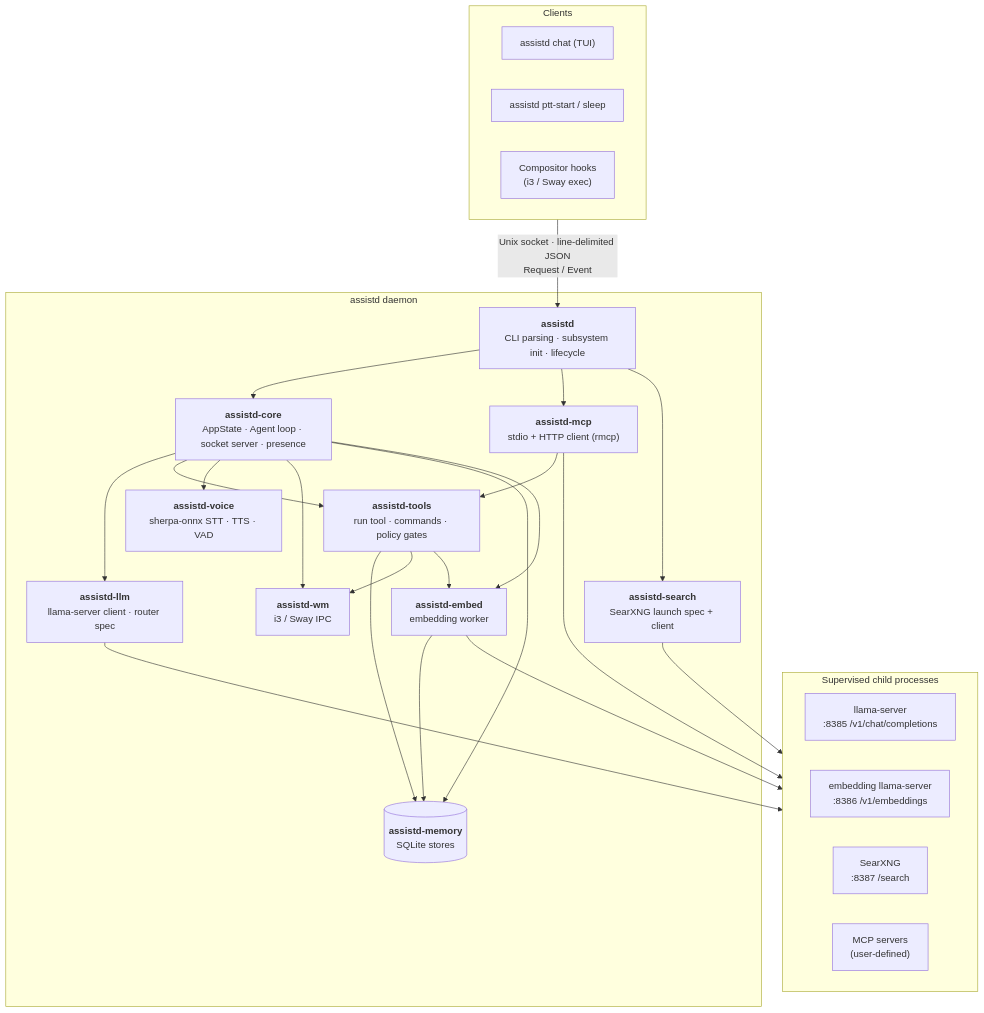
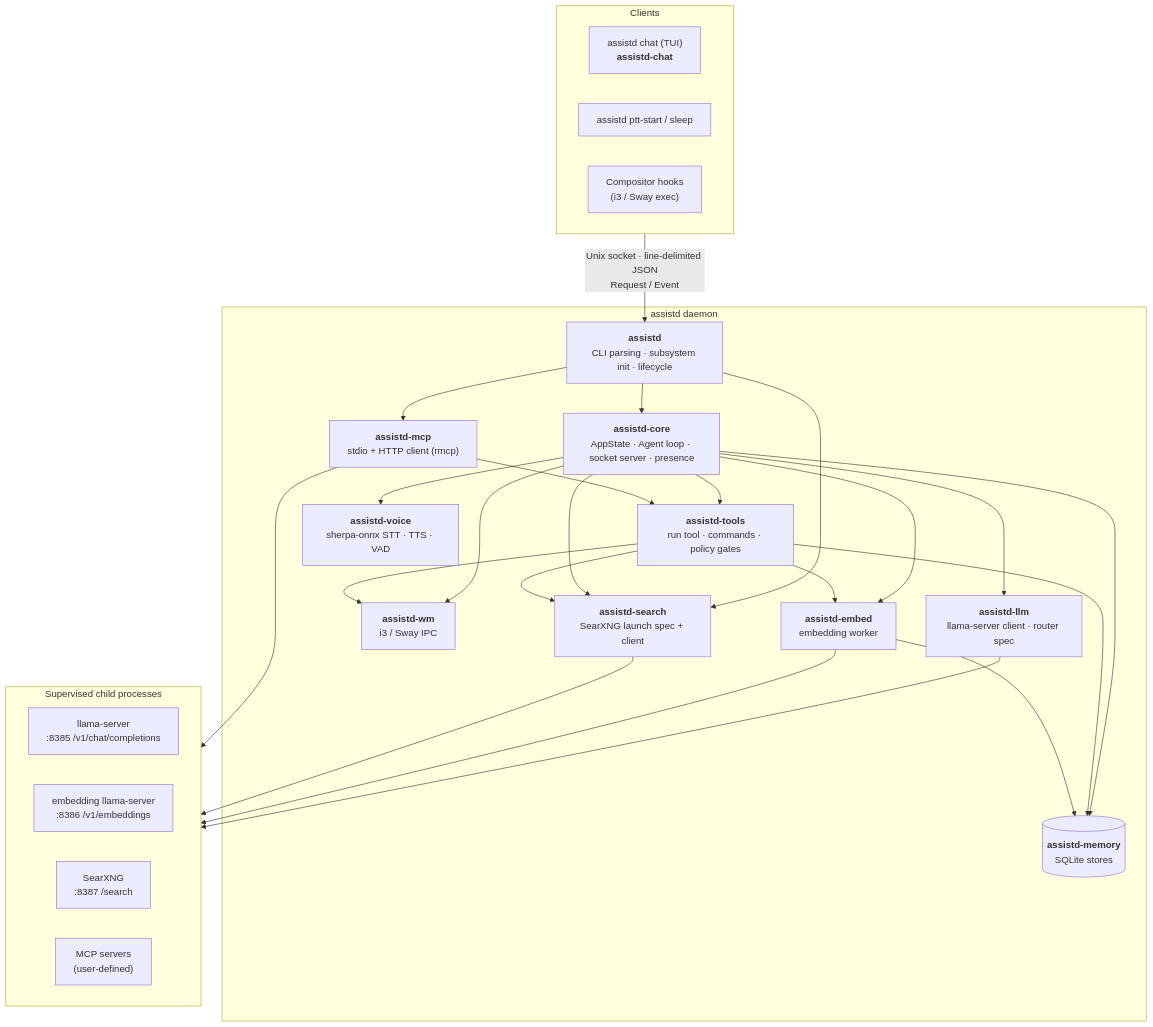
One commit to gnolruf/assistd changed the diagram in docs/architecture.md. Above: the diagram before and after it, drawn with Mermaid. The commit also changed other lines of this file and 181 other files, not shown here.

````diff
--- a/docs/architecture.md
+++ b/docs/architecture.md
@@ -10,44 +10,44 @@
 ```mermaid
 flowchart TB
     subgraph clients["Clients"]
         direction LR
-        chat["assistd chat (TUI)"]
+        chat["assistd chat (TUI)<br/><b>assistd-chat</b>"]
         ptt["assistd ptt-start / sleep"]
         hooks["Compositor hooks<br/>(i3 / Sway exec)"]
     end
 
     subgraph daemon["assistd daemon"]
         bin["<b>assistd</b><br/>CLI parsing · subsystem init · lifecycle"]
         core["<b>assistd-core</b><br/>AppState · Agent loop · socket server · presence"]
         llm["<b>assistd-llm</b><br/>llama-server client · router spec"]
         tools["<b>assistd-tools</b><br/>run tool · commands · policy gates"]
         voice["<b>assistd-voice</b><br/>sherpa-onnx STT · TTS · VAD"]
         wm["<b>assistd-wm</b><br/>i3 / Sway IPC"]
         mcp["<b>assistd-mcp</b><br/>stdio + HTTP client (rmcp)"]
         memory[("<b>assistd-memory</b><br/>SQLite stores")]
         embed["<b>assistd-embed</b><br/>embedding worker"]
         search["<b>assistd-search</b><br/>SearXNG launch spec + client"]
     end
 
     subgraph external["Supervised child processes"]
         direction LR
         llama["llama-server<br/>:8385 /v1/chat/completions"]
         embedsrv["embedding llama-server<br/>:8386 /v1/embeddings"]
         searxng["SearXNG<br/>:8387 /search"]
         mcpsrv["MCP servers<br/>(user-defined)"]
     end
 
     clients -- "Unix socket · line-delimited JSON<br/>Request / Event" --> bin
     bin --> core
     bin --> mcp & search
-    core --> llm & tools & voice & wm & memory & embed
-    tools --> memory & wm
+    core --> llm & tools & voice & wm & memory & embed & search
+    tools --> memory & wm & search
     mcp --> tools
     embed --> memory
     tools --> embed
 
     llm --> llama
     embed --> embedsrv
     search --> searxng
     mcp --> mcpsrv
 ```
````
